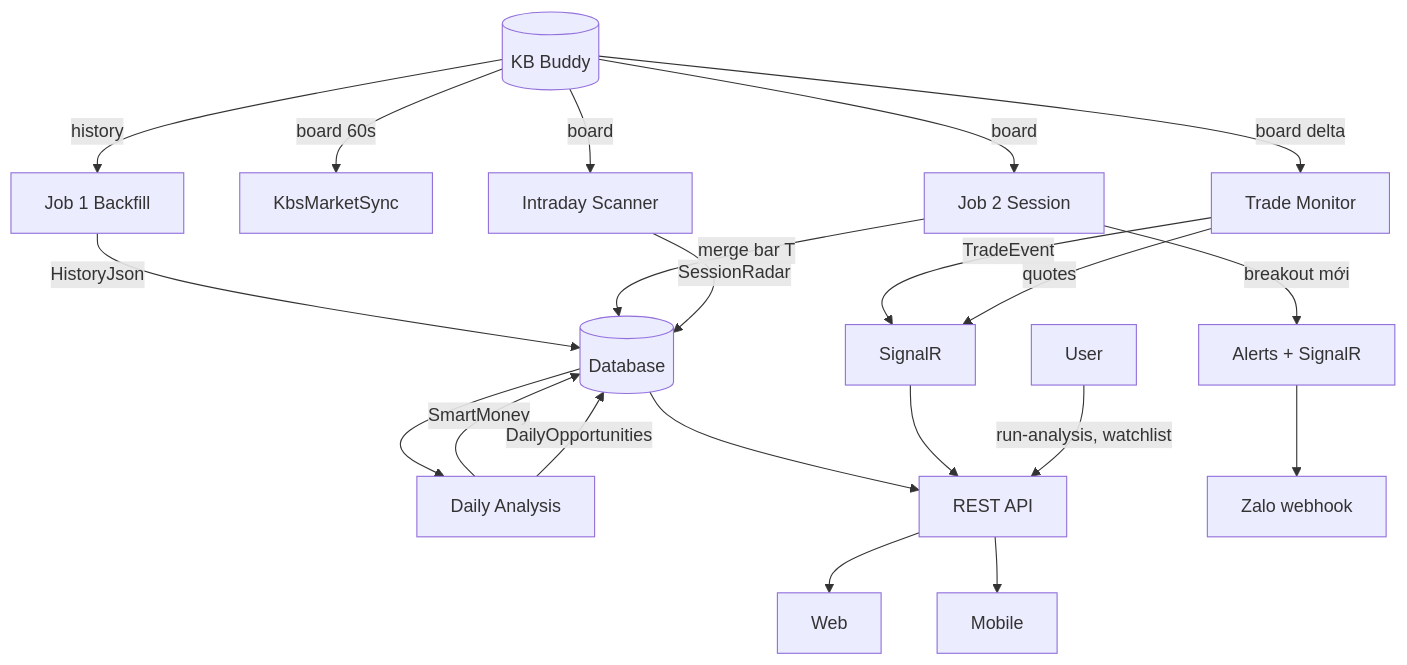
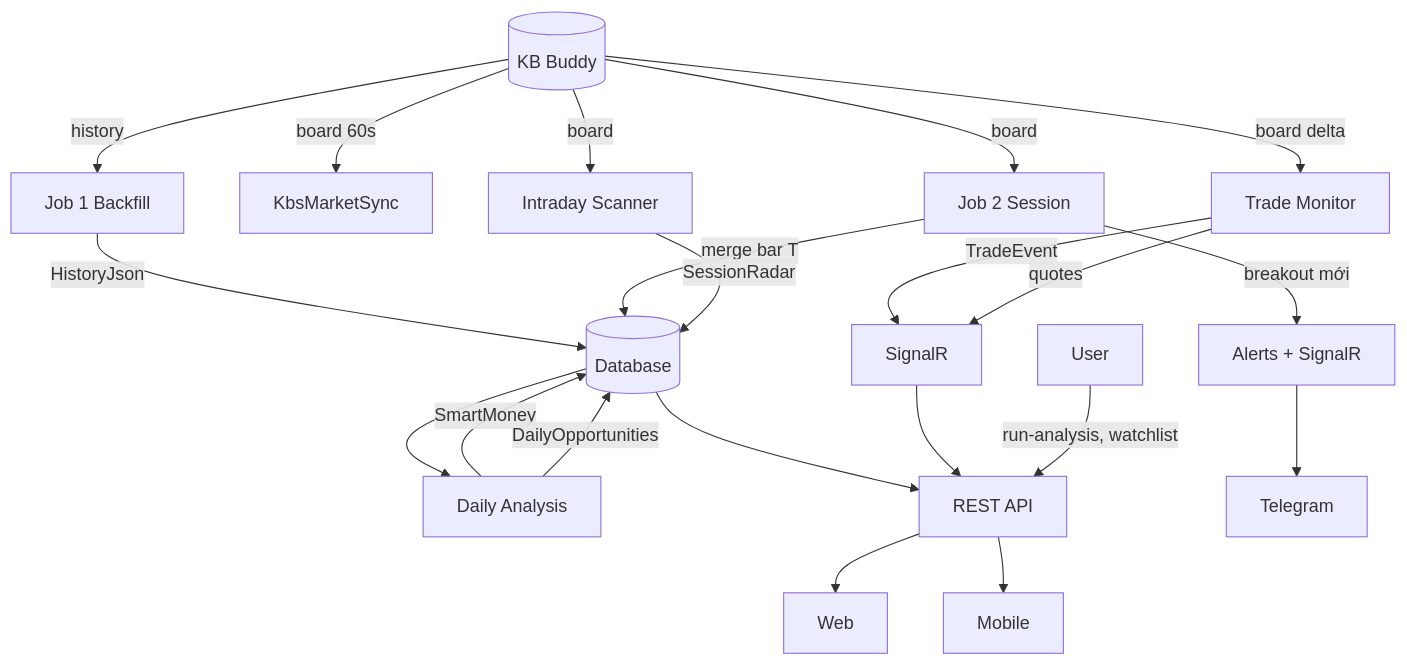
One commit to Benjamincntt/StockRadar changed the seventh of 7 diagrams in docs/project-data-flow.md. Above: the diagram before and after it, drawn with Mermaid. The commit also changed other lines of this file and 9 other files, not shown here.

Commit message:
chore: remove dead Zalo/WatchlistPattern flows; re-enable IntradayScanner

````diff
--- a/docs/project-data-flow.md
+++ b/docs/project-data-flow.md
@@ -319,31 +319,31 @@
 ```mermaid
 flowchart TB
     KBS[(KB Buddy)]
 
     KBS -->|history| J1[Job 1 Backfill]
     J1 -->|HistoryJson| DB[(Database)]
 
     KBS -->|board 60s| KS[KbsMarketSync]
     KBS -->|board| J2[Job 2 Session]
     J2 -->|merge bar T| DB
     J2 -->|breakout mới| AL[Alerts + SignalR]
 
     DB --> DA[Daily Analysis]
     DA -->|SmartMoney| DB
     DA -->|DailyOpportunities| DB
 
     KBS -->|board delta| TM[Trade Monitor]
     TM -->|TradeEvent| SR[SignalR]
     TM -->|quotes| SR
 
     KBS -->|board| IS[Intraday Scanner]
     IS -->|SessionRadar| DB
 
     DB --> API[REST API]
     SR --> API
     API --> WEB[Web]
     API --> APP[Mobile]
 
     USER[User] -->|run-analysis, watchlist| API
-    AL --> ZALO[Zalo webhook]
+    AL --> TG[Telegram]
 ```
````
